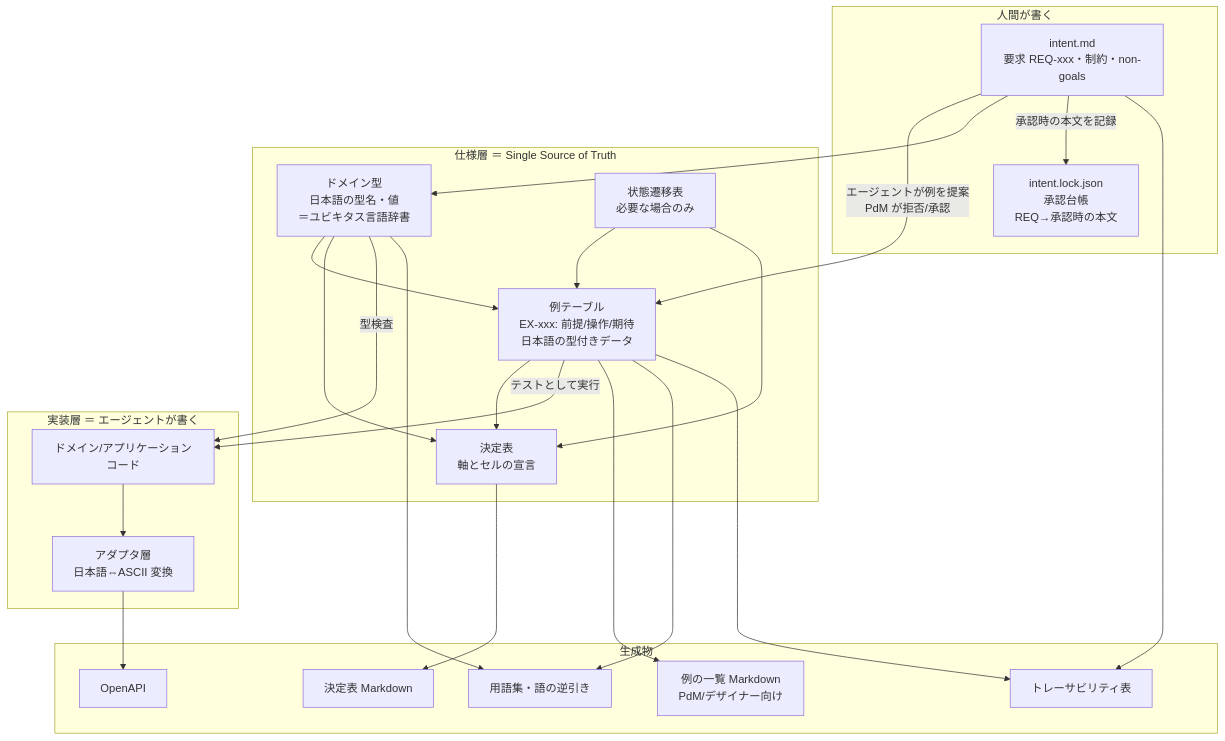
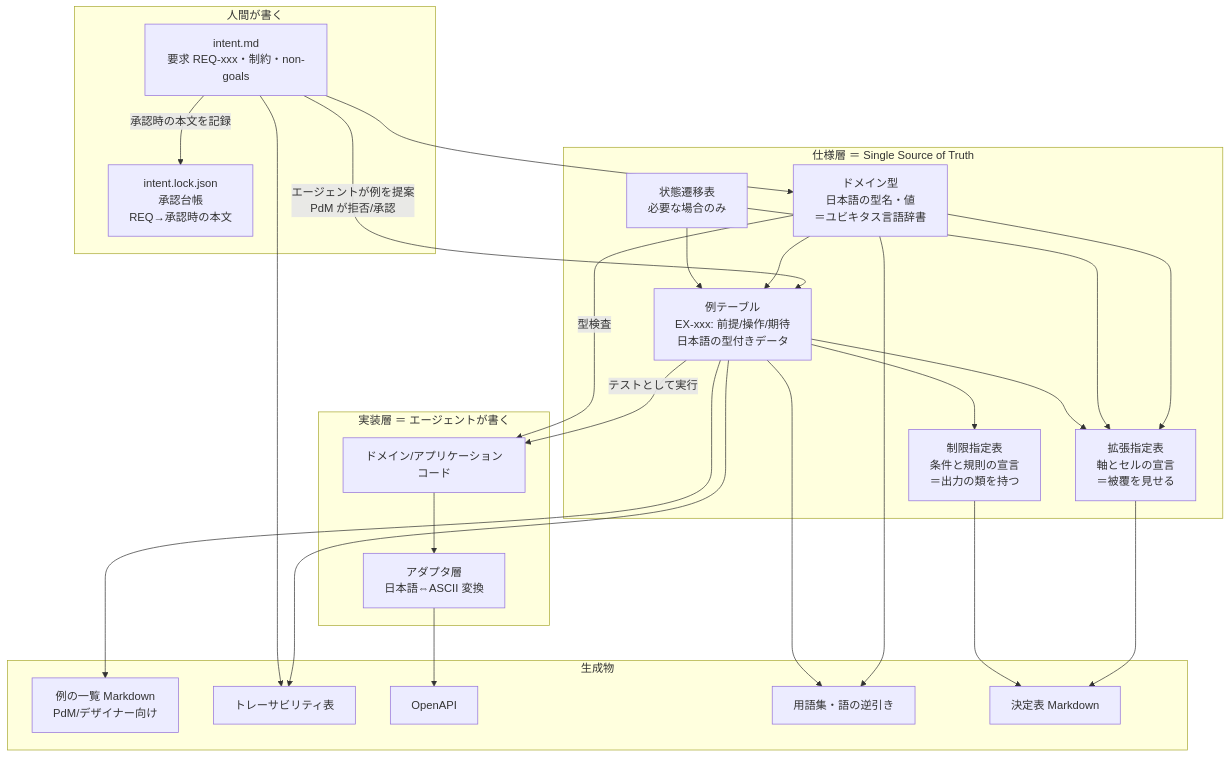
One commit to kuchita-el/claude-shared-skills changed the first of 3 diagrams in docs/development/spec-as-code/design.md. Above: the diagram before and after it, drawn with Mermaid. The commit also changed other lines of this file, not shown here.

````diff
--- a/docs/development/spec-as-code/design.md
+++ b/docs/development/spec-as-code/design.md
@@ -36,42 +36,45 @@
 ```mermaid
 flowchart TD
     subgraph human["人間が書く"]
         I["intent.md<br/>要求 REQ-xxx・制約・non-goals"]
         L["intent.lock.json<br/>承認台帳<br/>REQ→承認時の本文"]
     end
     subgraph spec["仕様層 ＝ Single Source of Truth"]
         T["ドメイン型<br/>日本語の型名・値<br/>＝ユビキタス言語辞書"]
         E["例テーブル<br/>EX-xxx: 前提/操作/期待<br/>日本語の型付きデータ"]
         S["状態遷移表<br/>必要な場合のみ"]
-        X["決定表<br/>軸とセルの宣言"]
+        G["制限指定表<br/>条件と規則の宣言<br/>＝出力の類を持つ"]
+        X["拡張指定表<br/>軸とセルの宣言<br/>＝被覆を見せる"]
     end
     subgraph impl["実装層 ＝ エージェントが書く"]
         C["ドメイン/アプリケーションコード"]
         AD["アダプタ層<br/>日本語⇔ASCII 変換"]
     end
     subgraph generated["生成物"]
         D1["例の一覧 Markdown<br/>PdM/デザイナー向け"]
         D2["トレーサビリティ表"]
         D3["OpenAPI"]
         D4["用語集・語の逆引き"]
         D5["決定表 Markdown"]
     end
     I -->|"エージェントが例を提案<br/>PdM が拒否/承認"| E
     I --> T
     I -->|"承認時の本文を記録"| L
     T --> E
     S --> E
     T --> X
     S --> X
     E --> X
+    E --> G
     E -->|"テストとして実行"| C
     T -->|"型検査"| C
     C --> AD
     E --> D1
     X --> D5
+    G --> D5
     T --> D4
     E --> D4
     E --> D2
     I --> D2
     AD --> D3
 ```
````
